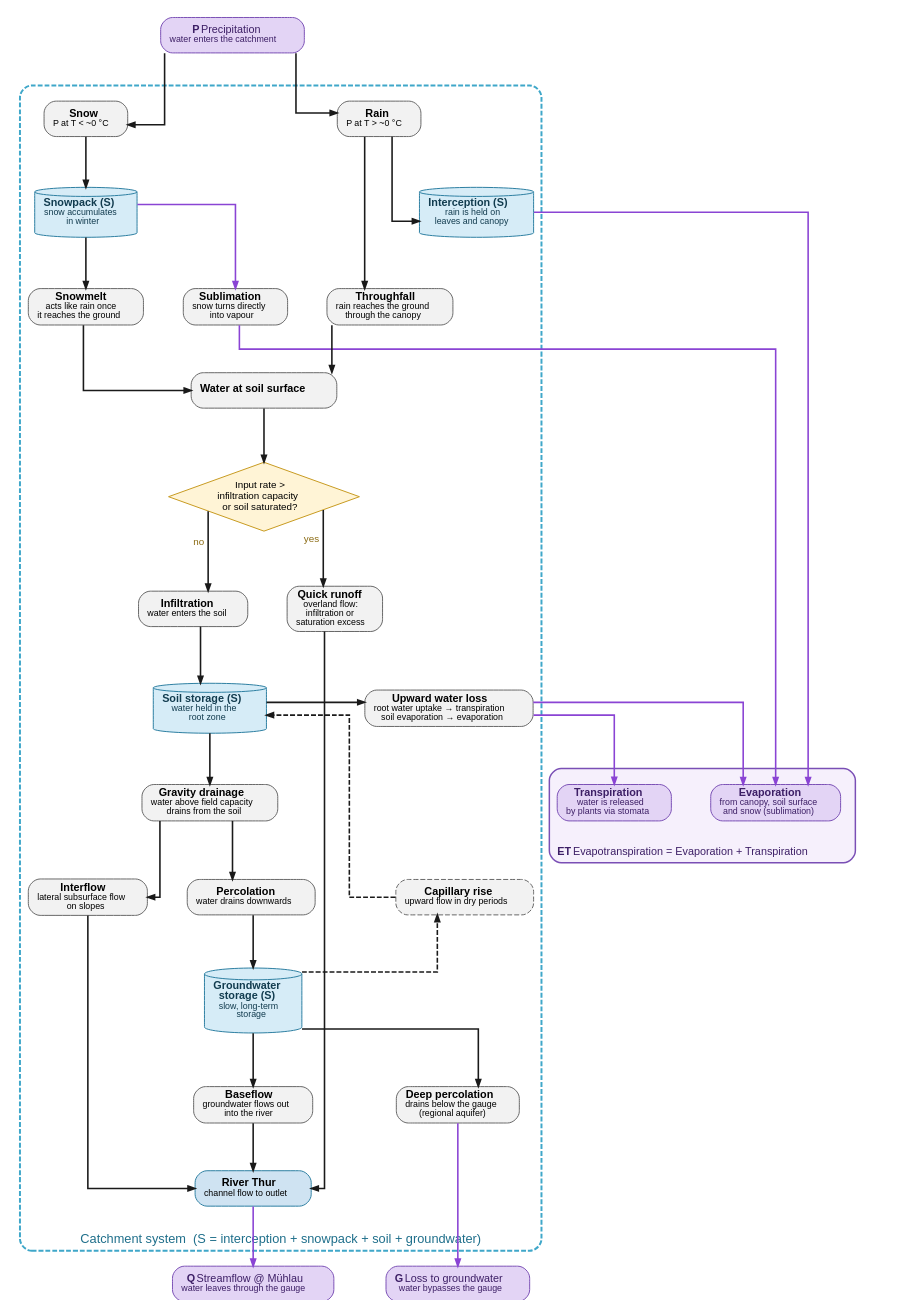
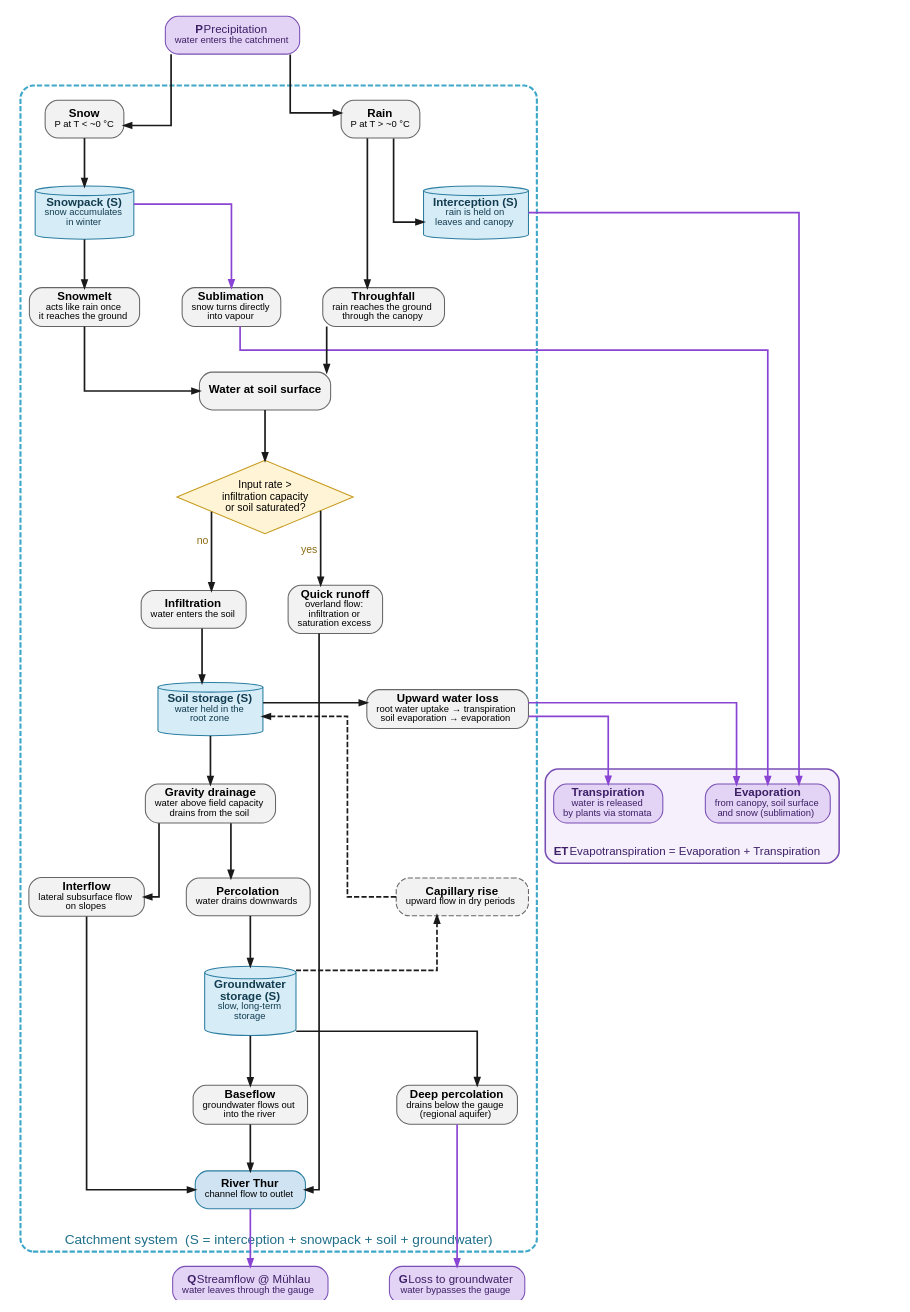
The diagram in abgaben/group_ex_01/perceptual_model/perceptual_model.dot (lbatschelet/Hydrological-Modelling), drawn with Graphviz before and after one commit. The commit also changed 23 other files, not shown here.

First line of the commit message:
Refactor plotting functions and enhance figure styling

```diff
--- a/abgaben/group_ex_01/perceptual_model/perceptual_model.dot
+++ b/abgaben/group_ex_01/perceptual_model/perceptual_model.dot
@@ -1,109 +1,109 @@
 // Perceptual model, catchment 2303 (Thur @ Jonschwil-Mühlau)
 // Render: .venv/bin/python abgaben/group_ex_01/perceptual_model/build.py (A4 PDF + PNG)
 digraph perceptual_model {
-  graph [rankdir=TB, fontname="Helvetica", nodesep=0.55, ranksep=0.4,
+  graph [rankdir=TB, fontname="Arial", nodesep=0.55, ranksep=0.4,
          pad=0, newrank=true, splines=ortho,
          size="7.5,10.9!", ratio=fill];  // A4 portrait minus margins
-  node  [fontname="Helvetica", fontsize=11, shape=box, style="rounded,filled",
+  node  [fontname="Arial", fontsize=11, shape=box, style="rounded,filled",
          fillcolor="#f2f2f2", color="#666666", penwidth=1, margin="0.12,0.06"];
-  edge  [color="#1a1a1a", arrowsize=0.7, penwidth=1.6, fontname="Helvetica"];
+  edge  [color="#1a1a1a", arrowsize=0.7, penwidth=1.6, fontname="Arial"];
 
   // ---- Water-balance terms outside the system boundary --------------------
   node [style="rounded,filled,bold", fillcolor="#e3d4f5", color="#7a4fb5",
         fontcolor="#3d1f66"];
   P [label=<<B>P</B> Precipitation<BR/><FONT POINT-SIZE="9">water enters the catchment</FONT>>];
   Q [label=<<B>Q</B> Streamflow @ Mühlau<BR/><FONT POINT-SIZE="9">water leaves through the gauge</FONT>>];
   G [label=<<B>G</B> Loss to groundwater<BR/><FONT POINT-SIZE="9">water bypasses the gauge</FONT>>];
 
   subgraph cluster_E {
     label=<<B>ET</B> Evapotranspiration = Evaporation + Transpiration>;
     labeljust="l"; labelloc="b"; fontsize=11; fontcolor="#3d1f66";
     style="rounded,filled"; fillcolor="#f6f0fc"; color="#7a4fb5"; penwidth=1.5;
     evap  [label=<<B>Evaporation</B><BR/><FONT POINT-SIZE="9">from canopy, soil surface<BR/>and snow (sublimation)</FONT>>];
     trans [label=<<B>Transpiration</B><BR/><FONT POINT-SIZE="9">water is released<BR/>by plants via stomata</FONT>>];
   }
 
   subgraph cluster_catchment {
     label="Catchment system  (S = interception + snowpack + soil + groundwater)";
     labelloc="b"; fontsize=13; fontcolor="#1f6f8b";
     style="rounded,dashed"; color="#3fa7c9"; penwidth=2;
 
     // Storages
     node [shape=cylinder, style=filled, fillcolor="#d6ecf7", color="#2b7ea1",
           fontcolor="#123c4f", fontsize=11];
     snowpack [label=<<B>Snowpack (S)</B><BR/><FONT POINT-SIZE="9">snow accumulates<BR/>in winter</FONT>>];
     soil     [label=<<B>Soil storage (S)</B><BR/><FONT POINT-SIZE="9">water held in the<BR/>root zone</FONT>>];
     interc   [label=<<B>Interception (S)</B><BR/><FONT POINT-SIZE="9">rain is held on<BR/>leaves and canopy</FONT>>];
     gw       [label=<<B>Groundwater<BR/>storage (S)</B><BR/><FONT POINT-SIZE="9">slow, long-term<BR/>storage</FONT>>];
 
     // Processes
     node [shape=box, style="rounded,filled", fillcolor="#f2f2f2", color="#666666",
           fontcolor="black", fontsize=11];
     snow   [label=<<B>Snow</B><BR/><FONT POINT-SIZE="9">P at T &lt; ~0 °C</FONT>>];
     rain   [label=<<B>Rain</B><BR/><FONT POINT-SIZE="9">P at T &gt; ~0 °C</FONT>>];
     subl   [label=<<B>Sublimation</B><BR/><FONT POINT-SIZE="9">snow turns directly<BR/>into vapour</FONT>>];
     melt   [label=<<B>Snowmelt</B><BR/><FONT POINT-SIZE="9">acts like rain once<BR/>it reaches the ground</FONT>>];
     tf     [label=<<B>Throughfall</B><BR/><FONT POINT-SIZE="9">rain reaches the ground<BR/>through the canopy</FONT>>];
     surf   [label=<<B>Water at soil surface</B>>];
     quick  [label=<<B>Quick runoff</B><BR/><FONT POINT-SIZE="9">overland flow:<BR/>infiltration or<BR/>saturation excess</FONT>>];
     infil  [label=<<B>Infiltration</B><BR/><FONT POINT-SIZE="9">water enters the soil</FONT>>];
     // Decisions
     node [shape=diamond, style=filled, fillcolor="#fff4d6", color="#c79a1e",
           fontcolor="black", fontsize=10, margin="0.02,0.02"];
     d_surf [label=<Input rate &gt;<BR/>infiltration capacity<BR/>or soil saturated?>];
     node [shape=box, style="rounded,filled", fillcolor="#f2f2f2", color="#666666",
           fontcolor="black", fontsize=11, margin="0.12,0.06"];
     drain  [label=<<B>Gravity drainage</B><BR/><FONT POINT-SIZE="9">water above field capacity<BR/>drains from the soil</FONT>>];
     interf [label=<<B>Interflow</B><BR/><FONT POINT-SIZE="9">lateral subsurface flow<BR/>on slopes</FONT>>];
     uptake [label=<<B>Upward water loss</B><BR/><FONT POINT-SIZE="9">root water uptake → transpiration<BR/>soil evaporation → evaporation</FONT>>];
     perc   [label=<<B>Percolation</B><BR/><FONT POINT-SIZE="9">water drains downwards</FONT>>];
     capil  [label=<<B>Capillary rise</B><BR/><FONT POINT-SIZE="9">upward flow in dry periods</FONT>>,
             style="rounded,filled,dashed"];
     base   [label=<<B>Baseflow</B><BR/><FONT POINT-SIZE="9">groundwater flows out<BR/>into the river</FONT>>];
     deep   [label=<<B>Deep percolation</B><BR/><FONT POINT-SIZE="9">drains below the gauge<BR/>(regional aquifer)</FONT>>];
     thur   [label=<<B>River Thur</B><BR/><FONT POINT-SIZE="9">channel flow to outlet</FONT>>,
             fillcolor="#cfe3f2", color="#2b7ea1"];
 
     snow -> snowpack -> melt -> surf;
     snowpack -> subl [color="#8a44d4"];
     rain -> tf -> surf;
     rain -> interc;
     surf -> d_surf;
     d_surf -> quick [xlabel=" yes ", fontsize=10, fontcolor="#8a6a12"];
     d_surf -> infil [xlabel=" no ", fontsize=10, fontcolor="#8a6a12"];
     quick -> thur;
     infil -> soil;
     soil -> drain;
     drain -> interf;
     drain -> perc;
     interf -> thur;
     soil -> uptake;
     perc -> gw;
     gw -> capil [style=dashed, constraint=false];
     capil -> soil [style=dashed, constraint=false];
     gw -> base -> thur;
     gw -> deep;
 
     {rank=same; snow; rain}
     {rank=same; interc; snowpack}
     {rank=same; tf; melt; subl}
     snow [group=snowcol]; snowpack [group=snowcol]; melt [group=snowcol];
     rain [group=raincol]; tf [group=raincol];
     {rank=same; quick; infil}
     {rank=same; interf; perc; capil}
     {rank=same; soil; uptake}
     {rank=same; base; deep}
   }
 
   P -> snow;
   P -> rain;
   {subl interc uptake} -> evap [color="#8a44d4"];
   uptake -> trans [color="#8a44d4"];
   deep -> G [color="#8a44d4"];
   thur -> Q [color="#8a44d4"];
   {rank=same; G; Q}
 
   // Placeholder: the water-balance equation is typeset here by a4_page.tex.
   eq [shape=none, style="", label="", width=3.6, height=0.7, fixedsize=true];
   evap -> eq [style=invis, minlen=2];
 }
```
